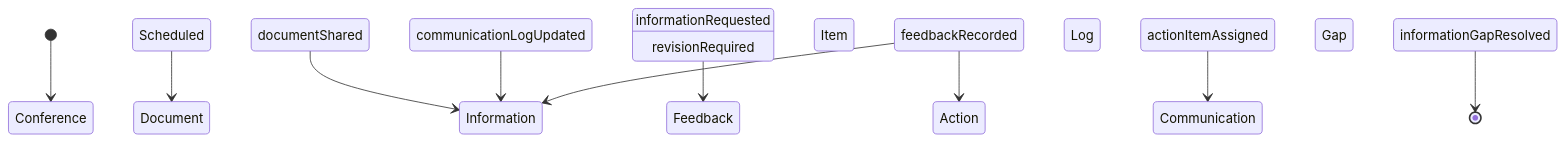
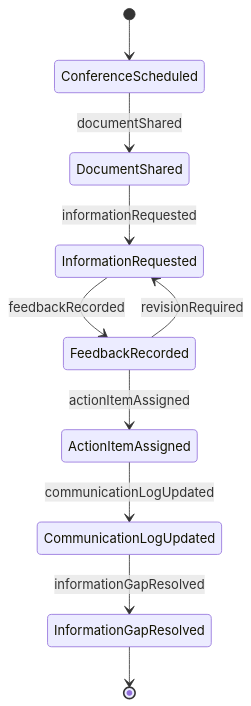
The second of 4 diagrams in CommunicatingWithSupervisorsPeersOrSubordinates/ConferWithClientsToDetermineNeedsOrOrderSpecifications/ConferClientsExchangeInformation.mdx (dot-org-ai/tasks.org.ai), drawn with Mermaid before and after one commit. The commit also changed other lines of this file and 515 other files, not shown here.

````diff
--- a/CommunicatingWithSupervisorsPeersOrSubordinates/ConferWithClientsToDetermineNeedsOrOrderSpecifications/ConferClientsExchangeInformation.mdx
+++ b/CommunicatingWithSupervisorsPeersOrSubordinates/ConferWithClientsToDetermineNeedsOrOrderSpecifications/ConferClientsExchangeInformation.mdx
@@ -98,12 +98,12 @@
 ```mermaid
 stateDiagram-v2
-    [*] --> Conference Scheduled
-    Conference Scheduled --> Document Shared : documentShared
-    Document Shared --> Information Requested : informationRequested
-    Information Requested --> Feedback Recorded : feedbackRecorded
-    Feedback Recorded --> Action Item Assigned : actionItemAssigned
-    Action Item Assigned --> Communication Log Updated : communicationLogUpdated
-    Communication Log Updated --> Information Gap Resolved : informationGapResolved
-    Feedback Recorded --> Information Requested : revisionRequired
-    Information Gap Resolved --> [*]
+    [*] --> ConferenceScheduled
+    ConferenceScheduled --> DocumentShared : documentShared
+    DocumentShared --> InformationRequested : informationRequested
+    InformationRequested --> FeedbackRecorded : feedbackRecorded
+    FeedbackRecorded --> ActionItemAssigned : actionItemAssigned
+    ActionItemAssigned --> CommunicationLogUpdated : communicationLogUpdated
+    CommunicationLogUpdated --> InformationGapResolved : informationGapResolved
+    FeedbackRecorded --> InformationRequested : revisionRequired
+    InformationGapResolved --> [*]
 ```
````
